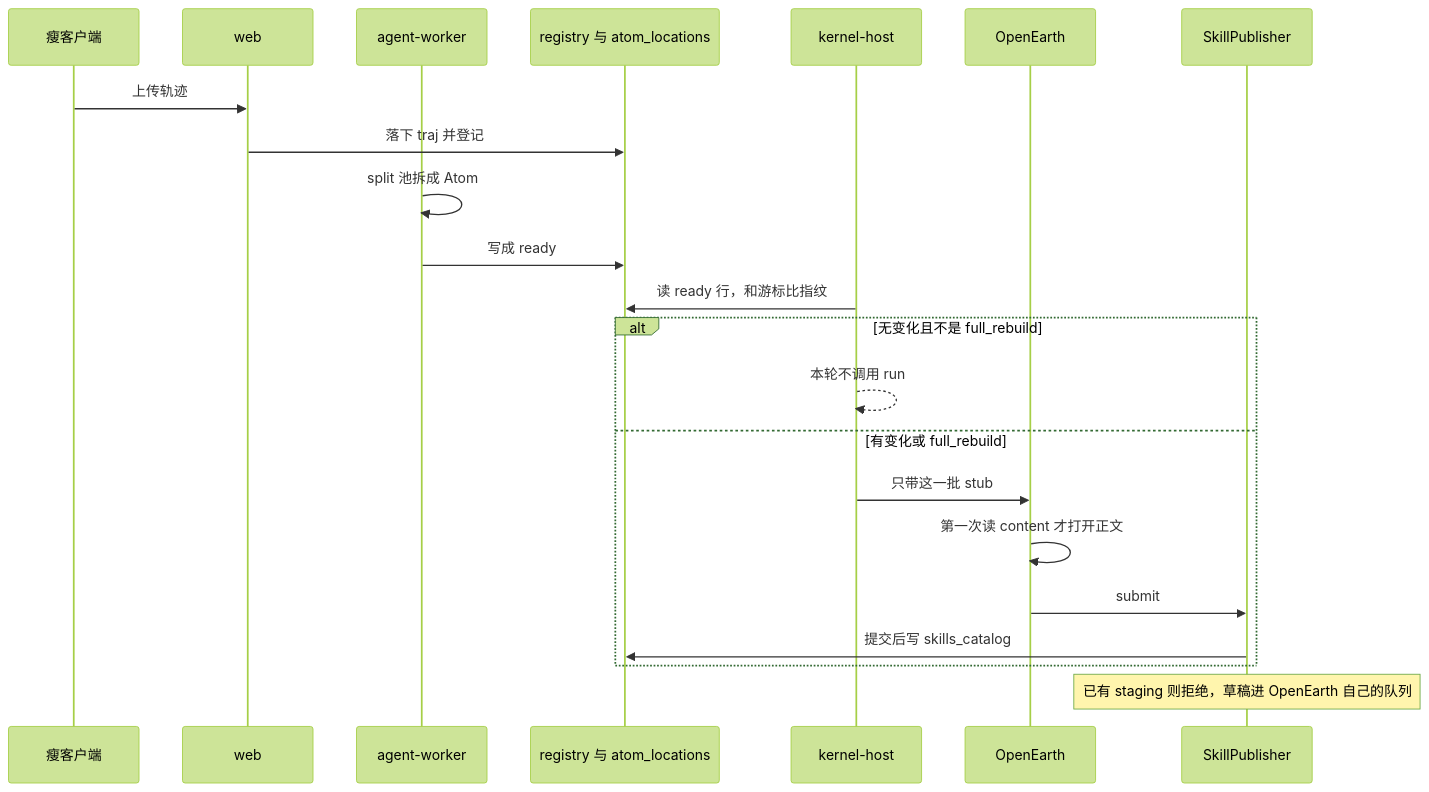
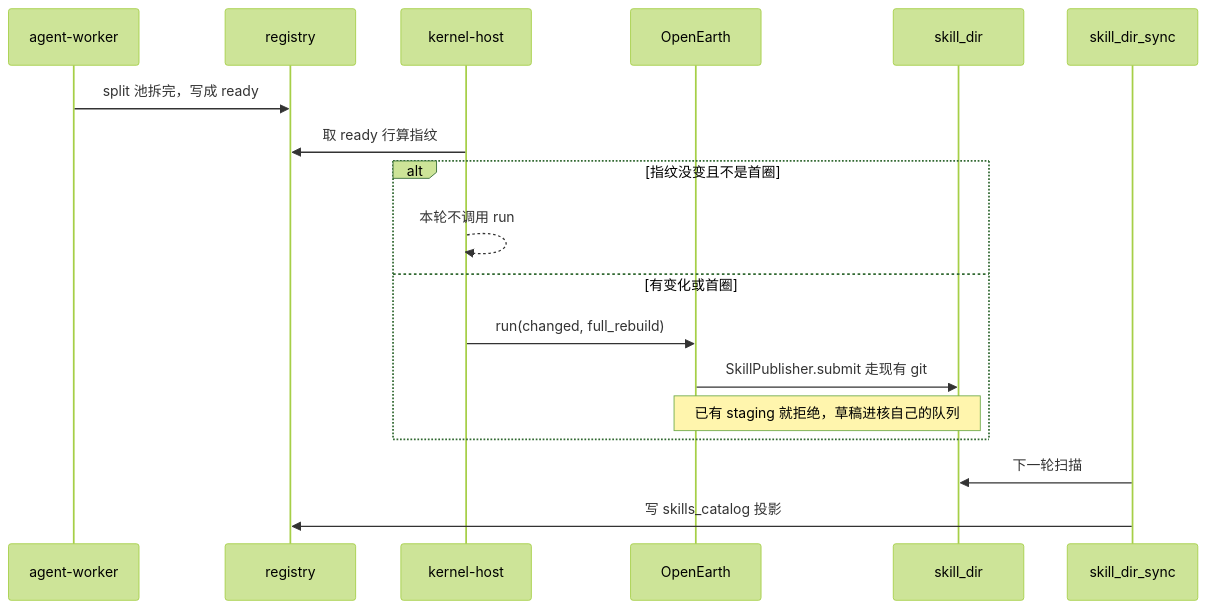
Before and after one commit to SkillNerds/xskill: the fourth of 4 diagrams in docs/plans/2026-08-27-openearth-landing-on-main.md, drawn with Mermaid (forest theme). The commit also changed other lines of this file, not shown here.

````diff
--- a/docs/plans/2026-08-27-openearth-landing-on-main.md
+++ b/docs/plans/2026-08-27-openearth-landing-on-main.md
@@ -37,25 +137,21 @@
 ```mermaid
 sequenceDiagram
-    participant Client as 瘦客户端
-    participant Web as web
     participant AW as agent-worker
-    participant DB as registry 与 atom_locations
+    participant DB as registry
     participant KH as kernel-host
     participant OE as OpenEarth
-    participant Pub as SkillPublisher
+    participant SD as skill_dir
+    participant Sync as skill_dir_sync
 
-    Client->>Web: 上传轨迹
-    Web->>DB: 落下 traj 并登记
-    AW->>AW: split 池拆成 Atom
-    AW->>DB: 写成 ready
-    KH->>DB: 读 ready 行，和游标比指纹
-    alt 无变化且不是 full_rebuild
+    AW->>DB: split 池拆完，写成 ready
+    KH->>DB: 取 ready 行算指纹
+    alt 指纹没变且不是首圈
         KH-->>KH: 本轮不调用 run
-    else 有变化或 full_rebuild
-        KH->>OE: 只带这一批 stub
-        OE->>OE: 第一次读 content 才打开正文
-        OE->>Pub: submit
-        Pub->>DB: 提交后写 skills_catalog
+    else 有变化或首圈
+        KH->>OE: run(changed, full_rebuild)
+        OE->>SD: SkillPublisher.submit 走现有 git
+        Note over OE,SD: 已有 staging 就拒绝，草稿进核自己的队列
     end
-    Note over Pub: 已有 staging 则拒绝，草稿进 OpenEarth 自己的队列
+    Sync->>SD: 下一轮扫描
+    Sync->>DB: 写 skills_catalog 投影
 ```
````
